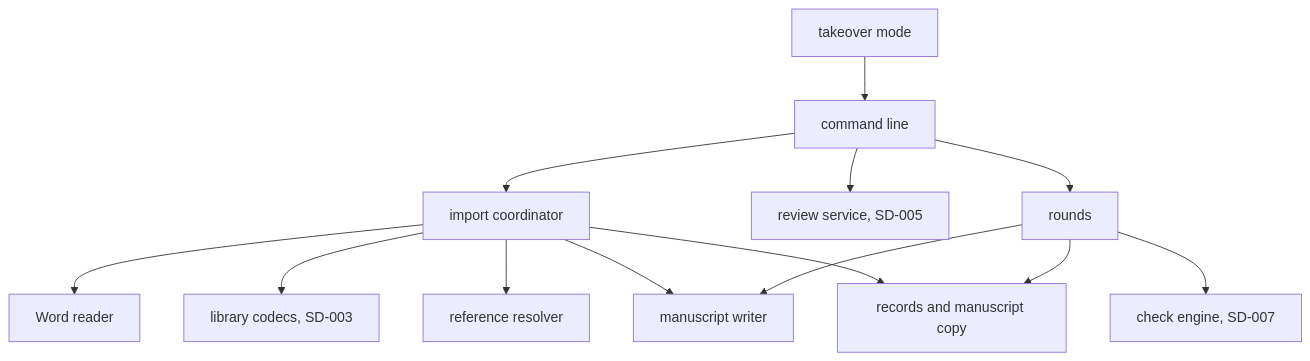
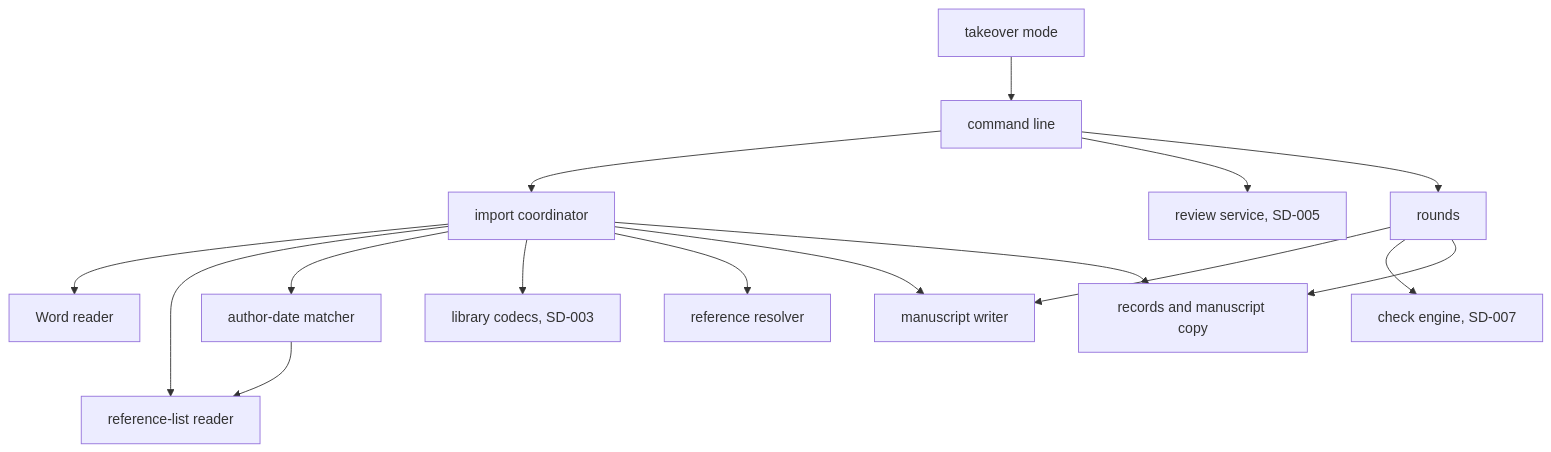
Before and after one commit to DocumentDrivenDX/stemma: the second of 2 diagrams in docs/stemma/02-design/solution-designs/SD-015-takeover-of-existing-projects.md, drawn with Mermaid. The commit also changed other lines of this file and 15 other files, not shown here.

First line of the commit message:
Specify author-date takeover and a usable first report

````diff
--- a/docs/stemma/02-design/solution-designs/SD-015-takeover-of-existing-projects.md
+++ b/docs/stemma/02-design/solution-designs/SD-015-takeover-of-existing-projects.md
@@ -201,15 +240,18 @@
 ```mermaid
 graph TD
     Mode["takeover mode"] --> CLI["command line"]
     CLI --> Coord["import coordinator"]
     Coord --> Word["Word reader"]
+    Coord --> Lists["reference-list reader"]
+    Coord --> Dates["author-date matcher"]
+    Dates --> Lists
     Coord --> Codecs["library codecs, SD-003"]
     Coord --> Resolve["reference resolver"]
     Coord --> Writer["manuscript writer"]
     Coord --> Stores["records and manuscript copy"]
     CLI --> Review["review service, SD-005"]
     CLI --> Rounds["rounds"]
     Rounds --> Writer
     Rounds --> Engine["check engine, SD-007"]
     Rounds --> Stores
 ```
````
